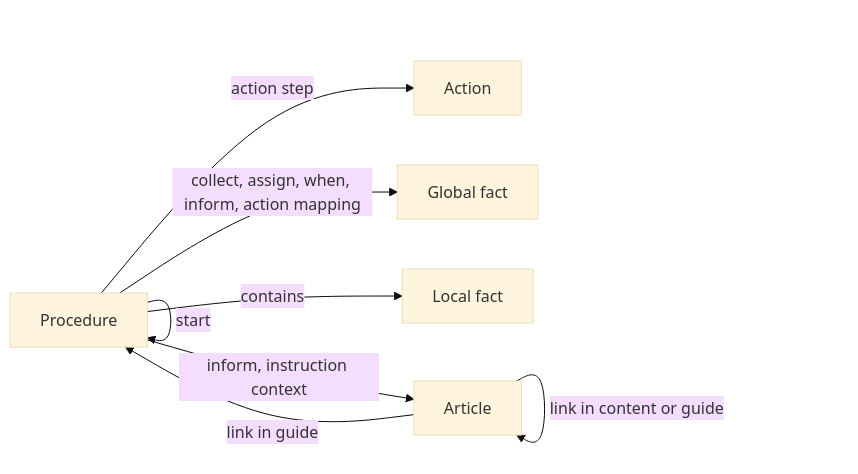
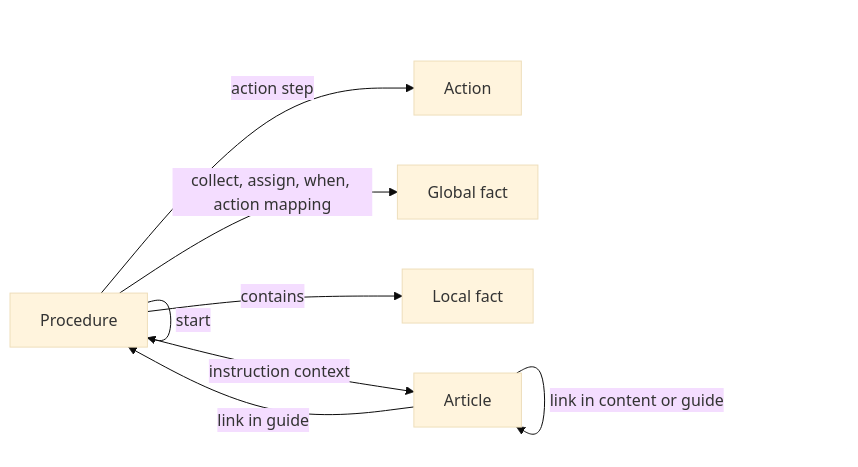
One commit to Manomenu/suwagcms changed the first of 4 diagrams in README.md. Above: the diagram before and after it, drawn with Mermaid (base theme). The commit also changed other lines of this file and 45 other files, not shown here.

Commit message:
Align the inform block with what a bot runs: an instruction, a context and named points

````diff
--- a/README.md
+++ b/README.md
@@ -133,10 +137,10 @@
 ```mermaid
 flowchart LR
-  P[Procedure] -->|inform, instruction context| A[Article]
+  P[Procedure] -->|instruction context| A[Article]
   A -->|link in content or guide| A
   A -->|link in guide| P
   P -->|start| P
   P -->|action step| X[Action]
-  P -->|collect, assign, when, inform, action mapping| G[Global fact]
+  P -->|collect, assign, when, action mapping| G[Global fact]
   P -->|contains| L[Local fact]
 ```
````
